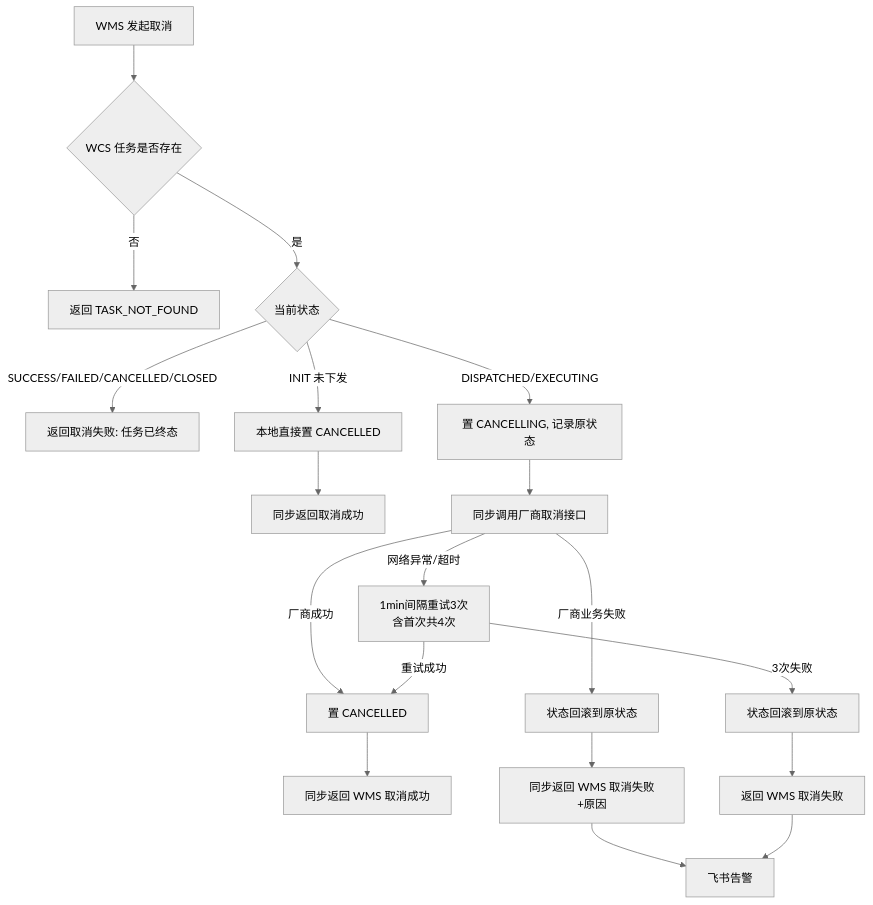
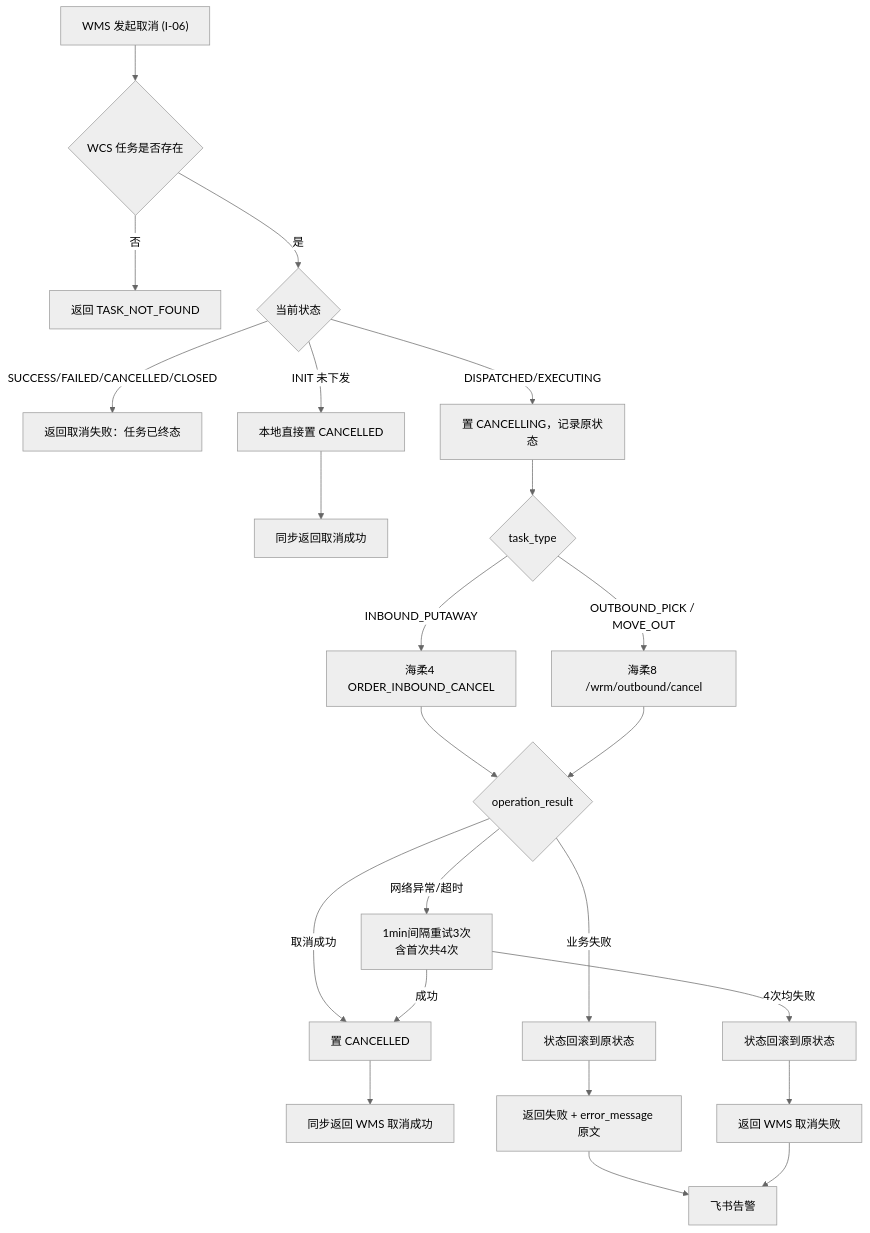
One commit to generous-jiang/jiangzw changed the diagram in docs/wcs/diagrams/05-cancel.mmd. Above: the diagram before and after it, drawn with Mermaid (neutral theme). The commit also changed 9 other files, not shown here.

```diff
--- a/docs/wcs/diagrams/05-cancel.mmd
+++ b/docs/wcs/diagrams/05-cancel.mmd
@@ -1,13 +1,17 @@
 flowchart TD
-    A[WMS 发起取消] --> B{WCS 任务是否存在}
-    B -- 否 --> C[返回 TASK_NOT_FOUND]
-    B -- 是 --> D{当前状态}
-    D -- SUCCESS/FAILED/CANCELLED/CLOSED --> E[返回取消失败: 任务已终态]
-    D -- INIT 未下发 --> F[本地直接置 CANCELLED] --> G[同步返回取消成功]
-    D -- DISPATCHED/EXECUTING --> H[置 CANCELLING, 记录原状态]
-    H --> I[同步调用厂商取消接口]
-    I -- 厂商成功 --> J[置 CANCELLED] --> K[同步返回 WMS 取消成功]
-    I -- 厂商业务失败 --> L[状态回滚到原状态] --> M[同步返回 WMS 取消失败+原因] --> N[飞书告警]
-    I -- 网络异常/超时 --> O[1min间隔重试3次<br/>含首次共4次]
-    O -- 重试成功 --> J
-    O -- 3次失败 --> P[状态回滚到原状态] --> Q[返回 WMS 取消失败] --> N
+    A["WMS 发起取消 (I-06)"] --> B{"WCS 任务是否存在"}
+    B -- 否 --> C["返回 TASK_NOT_FOUND"]
+    B -- 是 --> D{"当前状态"}
+    D -- "SUCCESS/FAILED/CANCELLED/CLOSED" --> E["返回取消失败：任务已终态"]
+    D -- "INIT 未下发" --> F["本地直接置 CANCELLED"] --> G["同步返回取消成功"]
+    D -- "DISPATCHED/EXECUTING" --> H["置 CANCELLING，记录原状态"]
+    H --> T{"task_type"}
+    T -- "INBOUND_PUTAWAY" --> I1["海柔4 ORDER_INBOUND_CANCEL"]
+    T -- "OUTBOUND_PICK / MOVE_OUT" --> I2["海柔8 /wrm/outbound/cancel"]
+    I1 --> R{"operation_result"}
+    I2 --> R
+    R -- 取消成功 --> J["置 CANCELLED"] --> K["同步返回 WMS 取消成功"]
+    R -- 业务失败 --> L["状态回滚到原状态"] --> M["返回失败 + error_message 原文"] --> N["飞书告警"]
+    R -- "网络异常/超时" --> O["1min间隔重试3次<br/>含首次共4次"]
+    O -- 成功 --> J
+    O -- 4次均失败 --> P["状态回滚到原状态"] --> Q["返回 WMS 取消失败"] --> N
```
